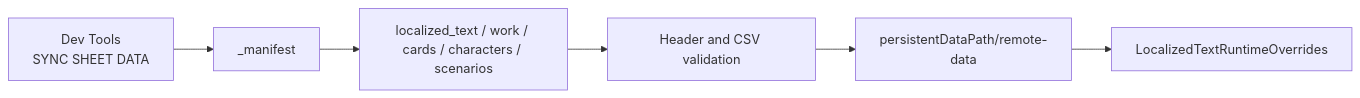
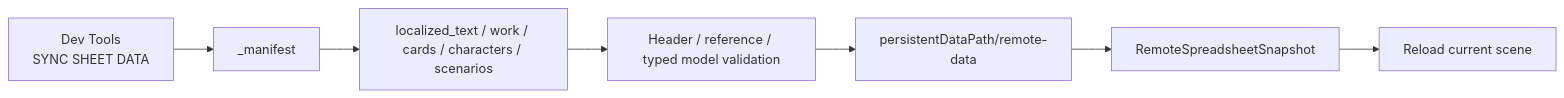
One commit to BaekNothing/ProjectW changed diagram 14 of 18 in Assets/Specification/Architecture – ProjectW System Overview.md. Above: the diagram before and after it, drawn with Mermaid. The commit also changed other lines of this file and 10 other files, not shown here.

````diff
--- a/Assets/Specification/Architecture – ProjectW System Overview.md
+++ b/Assets/Specification/Architecture – ProjectW System Overview.md
@@ -596,11 +597,12 @@
 ```mermaid
 flowchart LR
   BTN["Dev Tools\nSYNC SHEET DATA"]
   MAN["_manifest"]
   CSV["localized_text / work / cards / characters / scenarios"]
-  VAL["Header and CSV validation"]
+  VAL["Header / reference / typed model validation"]
   CACHE["persistentDataPath/remote-data"]
-  TEXT["LocalizedTextRuntimeOverrides"]
+  SNAP["RemoteSpreadsheetSnapshot"]
+  RELOAD["Reload current scene"]
   BTN --> MAN --> CSV --> VAL --> CACHE
-  CACHE --> TEXT
+  CACHE --> SNAP --> RELOAD
 ```
````
